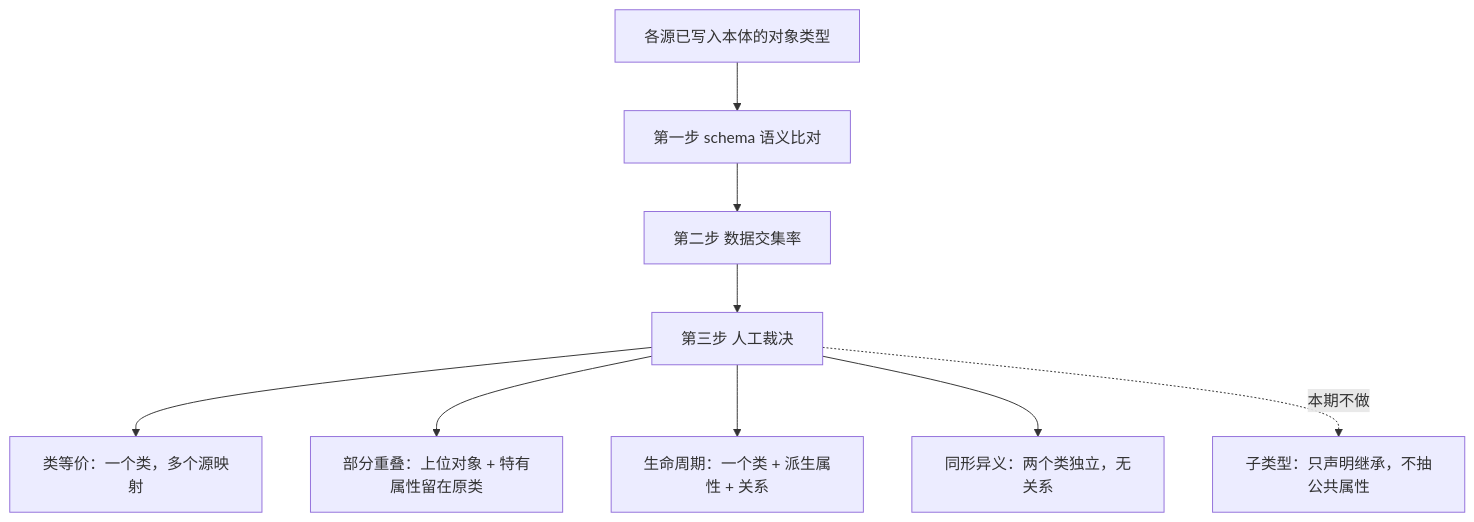
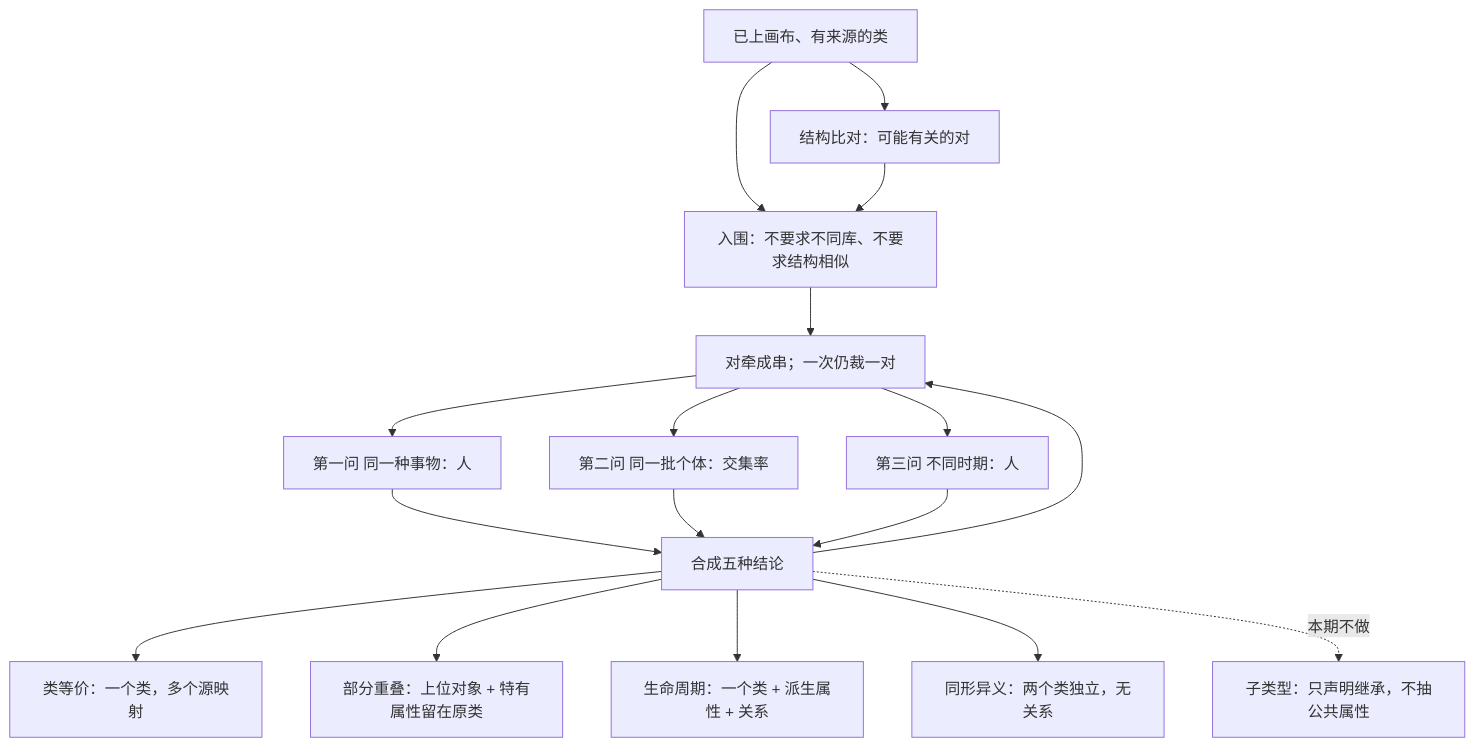
The fourth of 8 diagrams in docs/ontos-article.md (majiang213/Ontos), drawn with Mermaid before and after one commit. The commit also changed other lines of this file and 26 other files, not shown here.

````diff
--- a/docs/ontos-article.md
+++ b/docs/ontos-article.md
@@ -152,11 +165,19 @@
 ```mermaid
 flowchart TD
-    S["各源已写入本体的对象类型"] --> B["第一步 schema 语义比对"]
-    B --> C["第二步 数据交集率"]
-    C --> D["第三步 人工裁决"]
+    S["已上画布、有来源的类"] --> R["结构比对：可能有关的对"]
+    S --> E0["入围：不要求不同库、不要求结构相似"]
+    R --> E0
+    E0 --> STR["对牵成串；一次仍裁一对"]
+    STR --> Q1["第一问 同一种事物：人"]
+    STR --> Q2["第二问 同一批个体：交集率"]
+    STR --> Q3["第三问 不同时期：人"]
+    Q1 --> D["合成五种结论"]
+    Q2 --> D
+    Q3 --> D
+    D --> STR
     D --> E["类等价：一个类，多个源映射"]
     D --> F["部分重叠：上位对象 + 特有属性留在原类"]
     D --> G["生命周期：一个类 + 派生属性 + 关系"]
     D --> H["同形异义：两个类独立，无关系"]
     D -.->|本期不做| I["子类型：只声明继承，不抽公共属性"]
 ```
````
